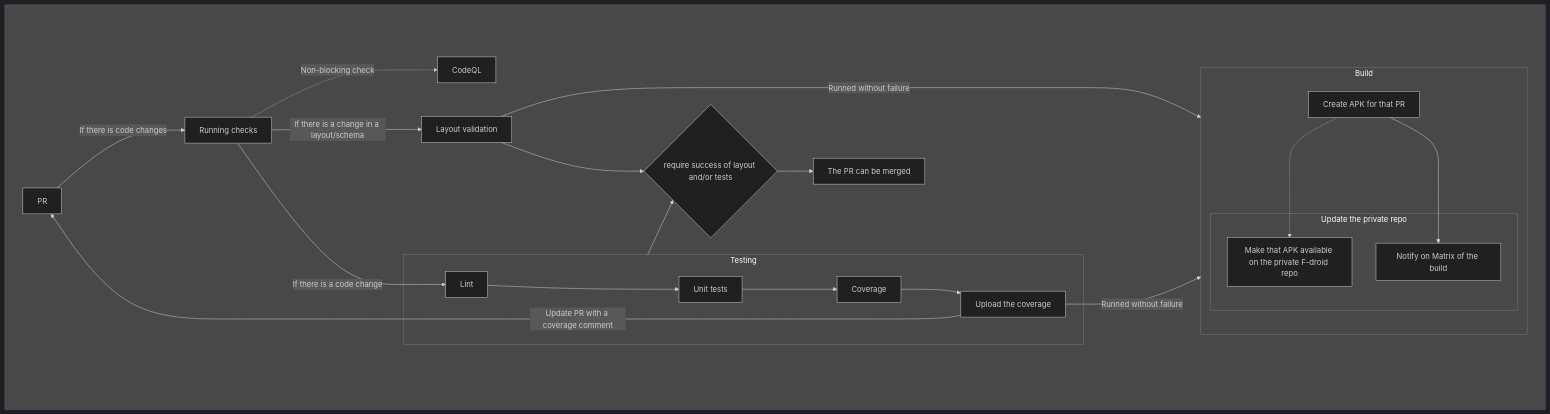
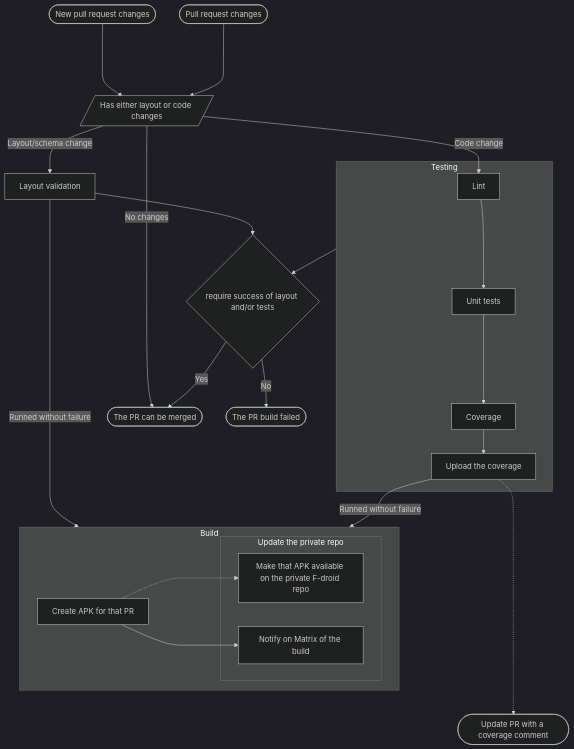
One commit to 8VIM/8VIM.github.io changed the diagram in website/versioned_docs/version-0.16.x/dev/contributions/01-pr.md. Above: the diagram before and after it, drawn with Mermaid (dark theme). The commit also changed 2 other files, not shown here.

Commit message:
process doc

````diff
--- a/website/versioned_docs/version-0.16.x/dev/contributions/01-pr.md
+++ b/website/versioned_docs/version-0.16.x/dev/contributions/01-pr.md
@@ -10,38 +10,42 @@
 ```mermaid
 graph TD
-    PR -- If there is code changes --> checks[Running checks]
-    subgraph id["#nbsp;"]
+    new_pr([New pull request changes])
+    upadte_pr([Pull request changes])
+    changes[/Has either layout or code changes/]
+    new_pr ----> changes
+    upadte_pr ----> changes
+
     check_success{require success of layout and/or tests}
-    checks -. Non-blocking check .-> CodeQL
-    checks -- If there is a change in a layout/schema --> layout[Layout validation]
-    checks -- If there is a code change --> lint
+    changes -- Layout/schema change --> layout[Layout validation]
+    changes -- Code change --> lint
+    changes -- No changes --> success
 
     layout -- Runned without failure --> build
     codecov -- Runned without failure --> build
 
     subgraph tests[Testing]
         lint[Lint]
         unit[Unit tests]
         coverage[Coverage]
         codecov[Upload the coverage]
         lint --> unit --> coverage
         coverage --> codecov
     end
 
     subgraph build[Build]
         apk[Create APK for that PR]
         apk -..-> private
         apk --> notify
         subgraph fdroid[Update the private repo]
             private[Make that APK available on the private F-droid repo]
             notify[Notify on Matrix of the build]
         end
     end
 
-    codecov -- Update PR with a coverage comment --> PR
+    codecov -..-> codevoc_comment([Update PR with a coverage comment])
 
     layout --> check_success
     tests --> check_success
-    check_success --> success[The PR can be merged]
-    end
+    check_success -- Yes --> success([The PR can be merged])
+    check_success -- No --> failed([The PR build failed])
 ```
````
